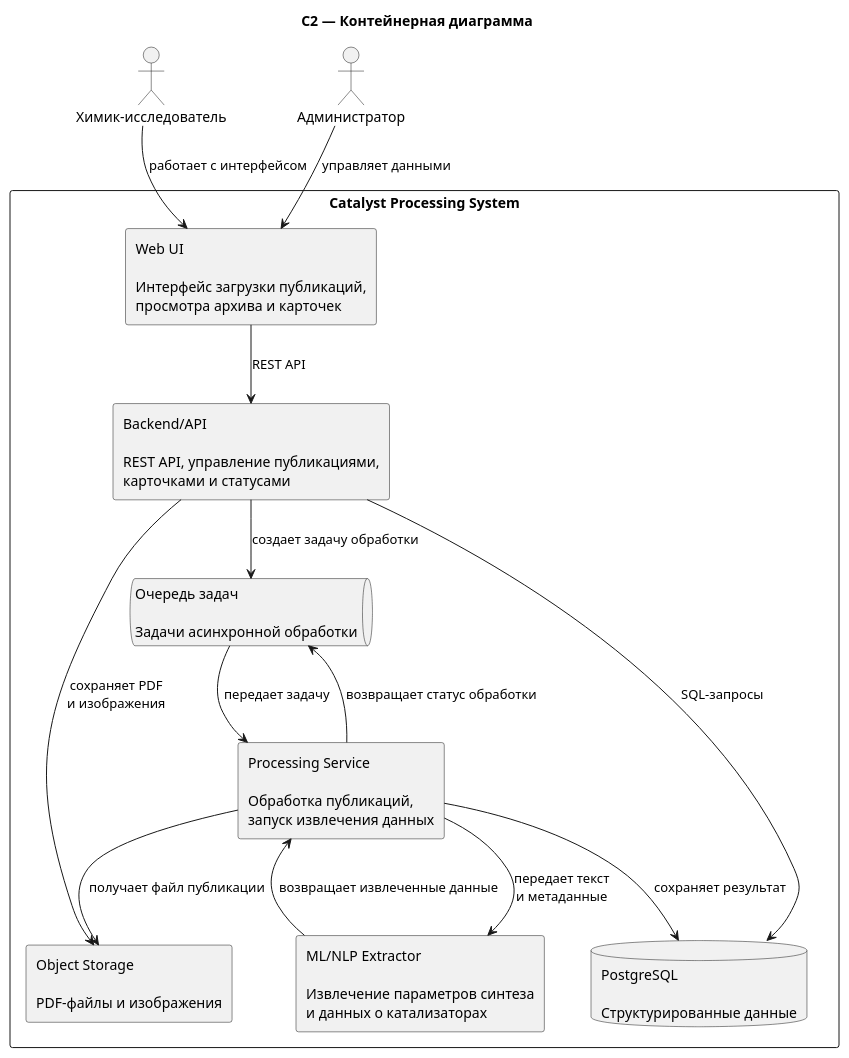
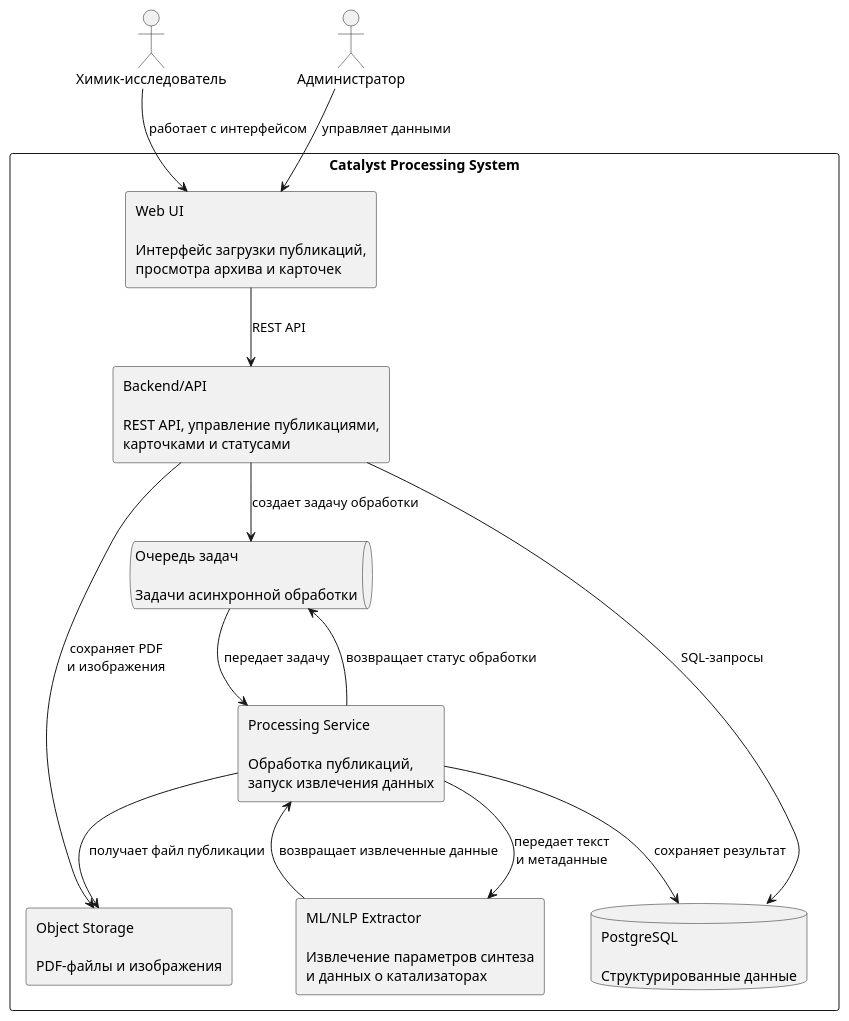
The second of 2 diagrams in docs-site/docs/architecture/architecture.mdx (annastationn/Catalyst), drawn with PlantUML before and after one commit. The commit also changed other lines of this file, not shown here.

````diff
--- a/docs-site/docs/architecture/architecture.mdx
+++ b/docs-site/docs/architecture/architecture.mdx
@@ -37,31 +35,29 @@
 ```plantuml
 @startuml
-
-title C2 — Контейнерная диаграмма
 actor "Химик-исследователь" as researcher
 actor "Администратор" as admin
 rectangle "Catalyst Processing System" {
   rectangle "Web UI\n\nИнтерфейс загрузки публикаций,\nпросмотра архива и карточек" as frontend
   rectangle "Backend/API\n\nREST API, управление публикациями,\nкарточками и статусами" as api
   queue "Очередь задач\n\nЗадачи асинхронной обработки" as queue
   rectangle "Processing Service\n\nОбработка публикаций,\nзапуск извлечения данных" as processing
   rectangle "ML/NLP Extractor\n\nИзвлечение параметров синтеза\nи данных о катализаторах" as extractor
   database "PostgreSQL\n\nСтруктурированные данные" as db
   rectangle "Object Storage\n\nPDF-файлы и изображения" as storage
 }
 
 researcher --> frontend : работает с интерфейсом
 admin --> frontend : управляет данными
 frontend --> api : REST API
 api --> db : SQL-запросы
 api --> storage : сохраняет PDF\nи изображения
 api --> queue : создает задачу обработки
 queue --> processing : передает задачу
 processing --> storage : получает файл публикации
 processing --> extractor : передает текст\nи метаданные
 extractor --> processing : возвращает извлеченные данные
 processing --> db : сохраняет результат
 processing --> queue : возвращает статус обработки
 
 @enduml
 ```
````
